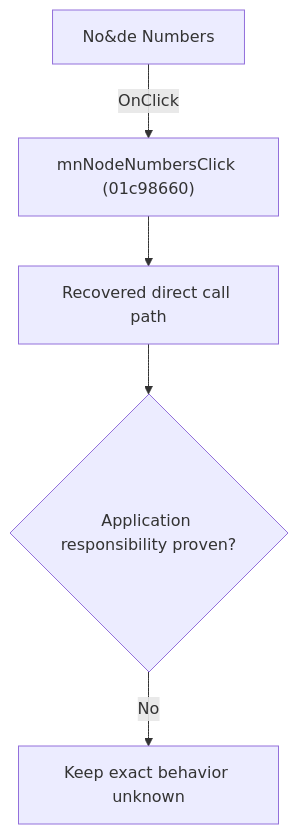
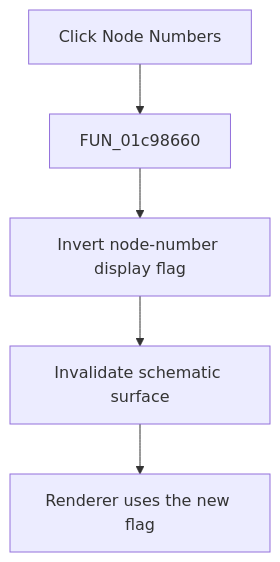
One commit to MovGP0/TIARA changed the diagram in docs/ui-controls/schematiceditor/mnnodenumbers-d97c64dc9f.md. Above: the diagram before and after it, drawn with Mermaid. The commit also changed other lines of this file and 241 other files, not shown here.

````diff
--- a/docs/ui-controls/schematiceditor/mnnodenumbers-d97c64dc9f.md
+++ b/docs/ui-controls/schematiceditor/mnnodenumbers-d97c64dc9f.md
@@ -27,7 +27,7 @@
 ```mermaid
 flowchart TD
-    control["No&de Numbers"] -->|"OnClick"| handler["mnNodeNumbersClick (01c98660)"]
-    handler --> recovered["Recovered direct call path"]
-    recovered --> gap{"Application responsibility proven?"}
-    gap -->|"No"| blocked["Keep exact behavior unknown"]
+    control["Click Node Numbers"] --> handler["FUN_01c98660"]
+    handler --> toggle["Invert node-number display flag"]
+    toggle --> repaint["Invalidate schematic surface"]
+    repaint --> render["Renderer uses the new flag"]
 ```
````
